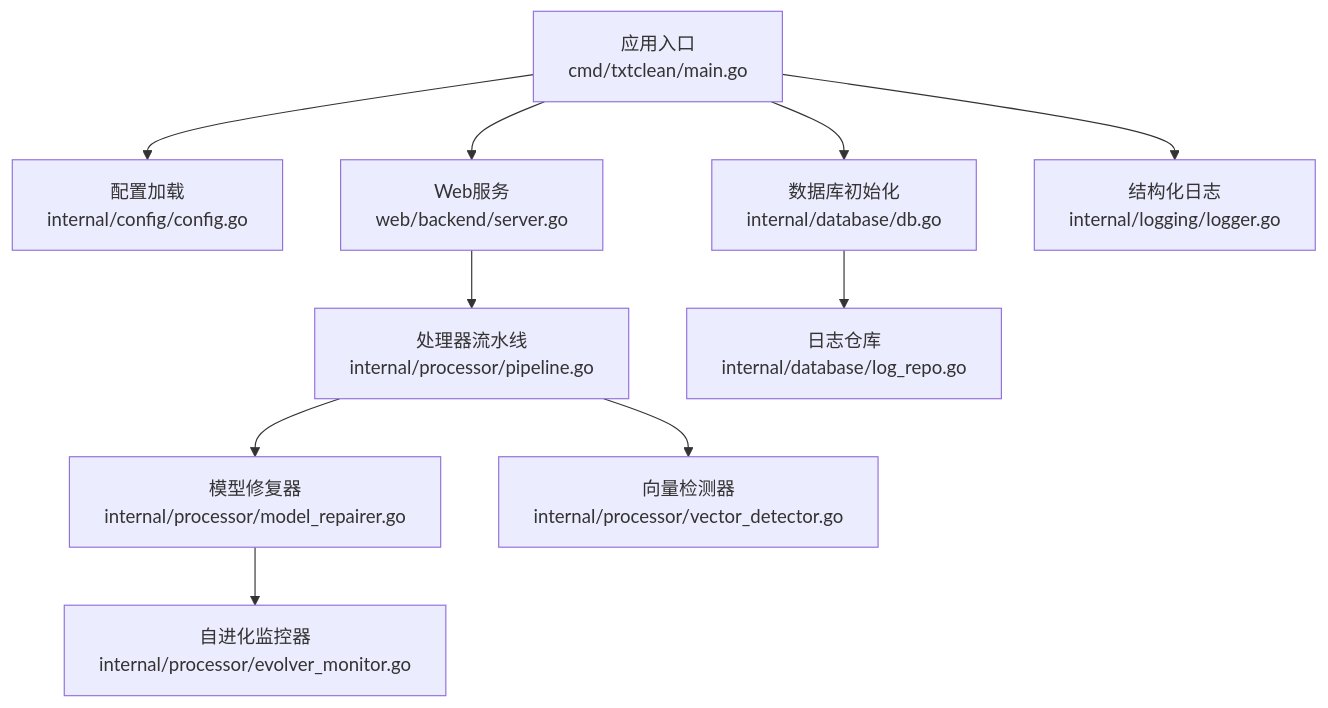
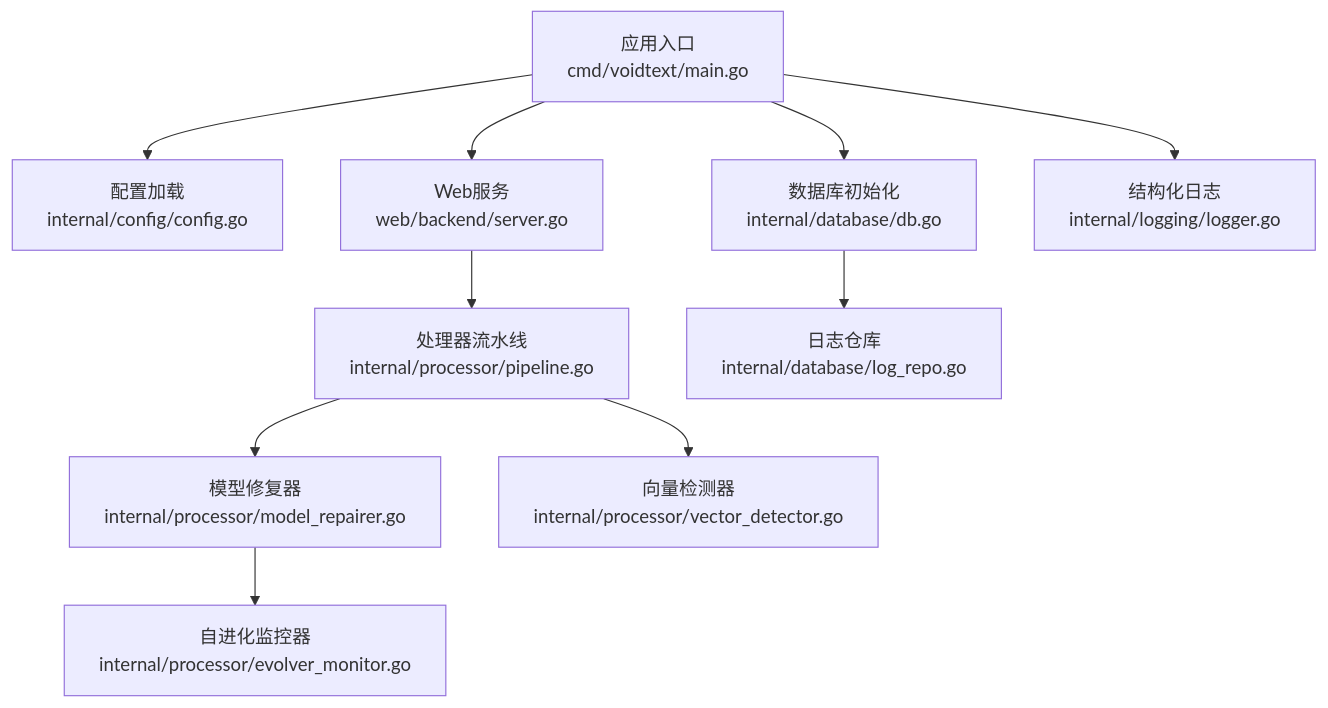
The first of 4 diagrams in repowikis/部署和运维/故障排除与维护.md (handy-h/VoidText), drawn with Mermaid before and after one commit. The commit also changed other lines of this file and 101 other files, not shown here.

````diff
--- a/repowikis/部署和运维/故障排除与维护.md
+++ b/repowikis/部署和运维/故障排除与维护.md
@@ -60,12 +60,12 @@
 ```mermaid
 graph TB
-A["应用入口<br/>cmd/txtclean/main.go"] --> B["配置加载<br/>internal/config/config.go"]
+A["应用入口<br/>cmd/voidtext/main.go"] --> B["配置加载<br/>internal/config/config.go"]
 A --> C["数据库初始化<br/>internal/database/db.go"]
 A --> D["Web服务<br/>web/backend/server.go"]
 D --> E["处理器流水线<br/>internal/processor/pipeline.go"]
 E --> F["模型修复器<br/>internal/processor/model_repairer.go"]
 E --> G["向量检测器<br/>internal/processor/vector_detector.go"]
 F --> H["自进化监控器<br/>internal/processor/evolver_monitor.go"]
 C --> I["日志仓库<br/>internal/database/log_repo.go"]
 A --> J["结构化日志<br/>internal/logging/logger.go"]
 ```
````
